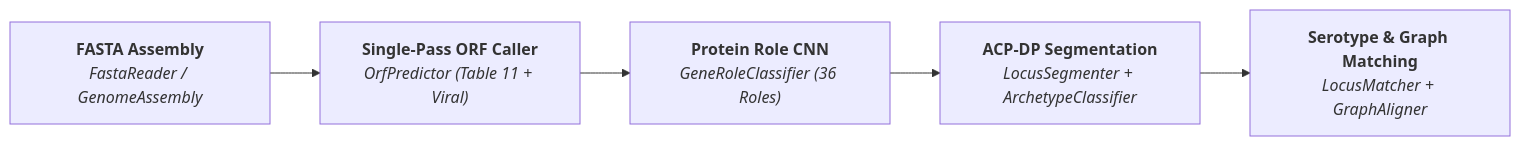
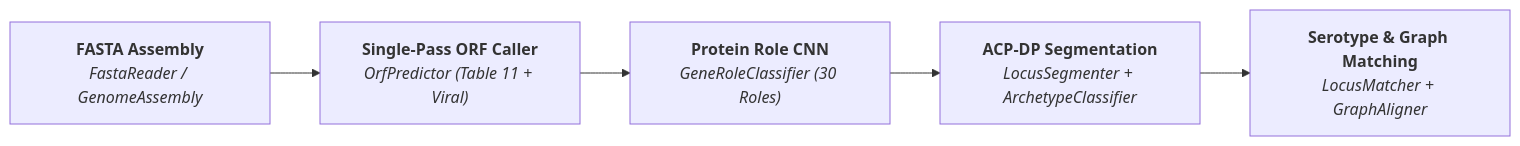
Before and after one commit to SeroVerse/SeroGen: the diagram in docs/index.md, drawn with Mermaid. The commit also changed other lines of this file and 52 other files, not shown here.

````diff
--- a/docs/index.md
+++ b/docs/index.md
@@ -57,10 +57,10 @@
 ```mermaid
 flowchart LR
     FA["<b>FASTA Assembly</b><br/><i>FastaReader / GenomeAssembly</i>"]
     ORF["<b>Single-Pass ORF Caller</b><br/><i>OrfPredictor (Table 11 + Viral)</i>"]
-    CNN["<b>Protein Role CNN</b><br/><i>GeneRoleClassifier (36 Roles)</i>"]
+    CNN["<b>Protein Role CNN</b><br/><i>GeneRoleClassifier (30 Roles)</i>"]
     SEG["<b>ACP-DP Segmentation</b><br/><i>LocusSegmenter + ArchetypeClassifier</i>"]
     MAT["<b>Serotype & Graph Matching</b><br/><i>LocusMatcher + GraphAligner</i>"]
 
     FA --> ORF --> CNN --> SEG --> MAT
 ```
````
